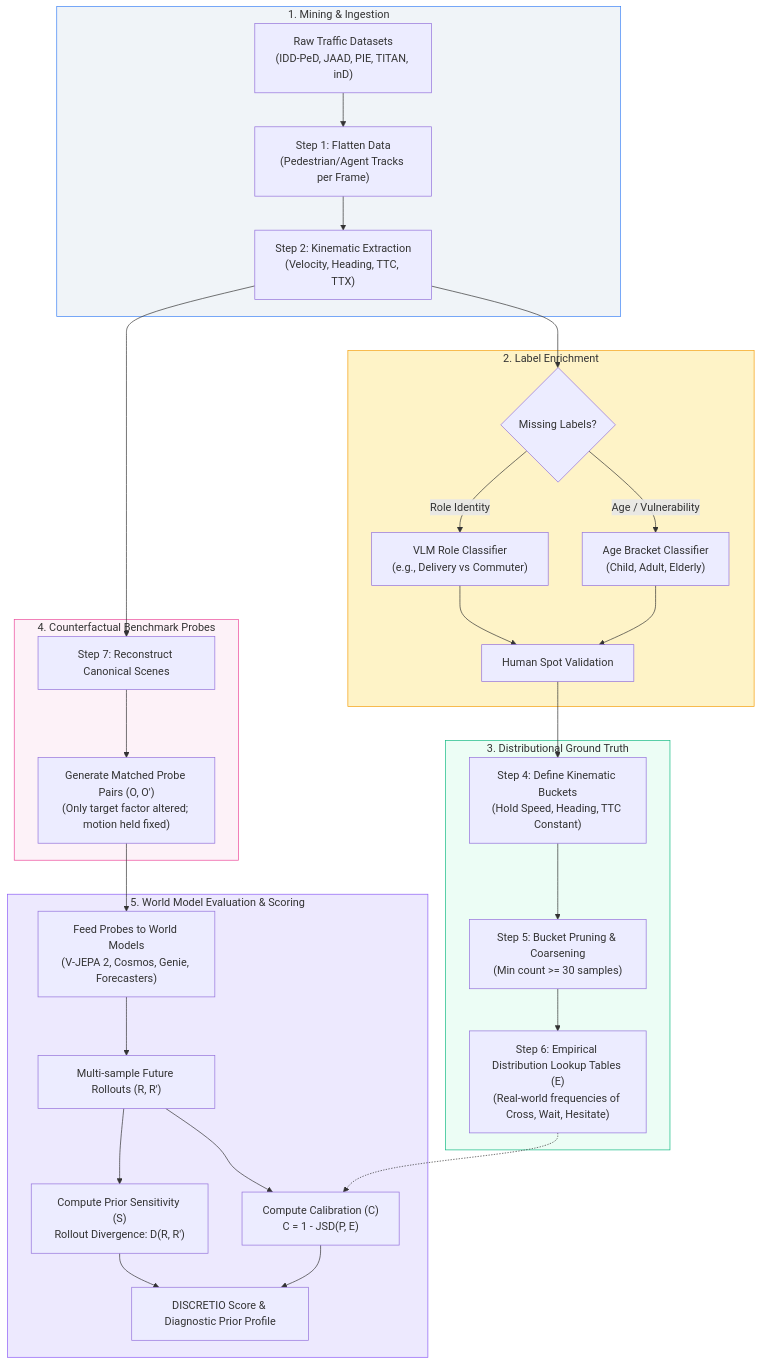
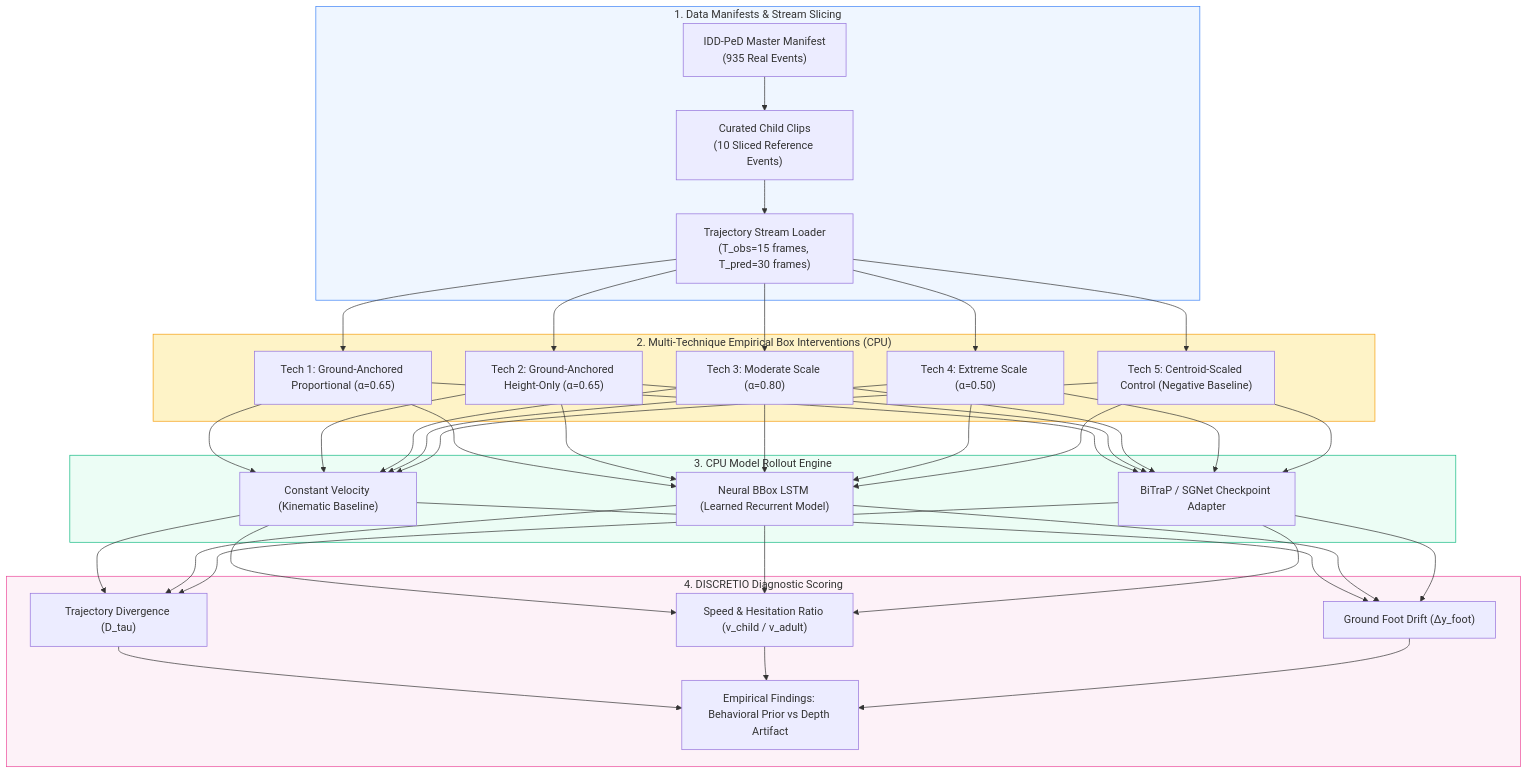
The diagram in README.md (tezendrax/Discretio), drawn with Mermaid before and after one commit. The commit also changed other lines of this file and 8 other files, not shown here.

Commit message:
refactor: Clean up Colab artifacts, unify documentation in README, and add multi-technique CPU benchmark

````diff
--- a/README.md
+++ b/README.md
@@ -73,42 +67,33 @@
 ```mermaid
 flowchart TD
-    subgraph DataMining["1. Mining & Ingestion"]
-        A["Raw Traffic Datasets\n(IDD-PeD, JAAD, PIE, TITAN, inD)"] --> B["Step 1: Flatten Data\n(Pedestrian/Agent Tracks per Frame)"]
-        B --> C["Step 2: Kinematic Extraction\n(Velocity, Heading, TTC, TTX)"]
+    subgraph Data["1. Data Manifests & Stream Slicing"]
+        A["IDD-PeD Master Manifest\n(935 Real Events)"] --> B["Curated Child Clips\n(10 Sliced Reference Events)"]
+        B --> C["Trajectory Stream Loader\n(T_obs=15 frames, T_pred=30 frames)"]
     end
 
-    subgraph Enrichment["2. Label Enrichment"]
-        C --> D{"Missing Labels?"}
-        D -- "Role Identity" --> E1["VLM Role Classifier\n(e.g., Delivery vs Commuter)"]
-        D -- "Age / Vulnerability" --> E2["Age Bracket Classifier\n(Child, Adult, Elderly)"]
-        E1 --> F["Human Spot Validation"]
-        E2 --> F
+    subgraph Techniques["2. Multi-Technique Empirical Box Interventions (CPU)"]
+        C --> T1["Tech 1: Ground-Anchored Proportional (α=0.65)"]
+        C --> T2["Tech 2: Ground-Anchored Height-Only (α=0.65)"]
+        C --> T3["Tech 3: Moderate Scale (α=0.80)"]
+        C --> T4["Tech 4: Extreme Scale (α=0.50)"]
+        C --> T5["Tech 5: Centroid-Scaled Control (Negative Baseline)"]
     end
 
-    subgraph GroundTruth["3. Distributional Ground Truth"]
-        F --> G["Step 4: Define Kinematic Buckets\n(Hold Speed, Heading, TTC Constant)"]
-        G --> H["Step 5: Bucket Pruning & Coarsening\n(Min count >= 30 samples)"]
-        H --> I["Step 6: Empirical Distribution Lookup Tables (E)\n(Real-world frequencies of Cross, Wait, Hesitate)"]
+    subgraph Models["3. CPU Model Rollout Engine"]
+        T1 & T2 & T3 & T4 & T5 --> M1["Constant Velocity (Kinematic Baseline)"]
+        T1 & T2 & T3 & T4 & T5 --> M2["Neural BBox LSTM (Learned Recurrent Model)"]
+        T1 & T2 & T3 & T4 & T5 --> M3["BiTraP / SGNet Checkpoint Adapter"]
     end
 
-    subgraph Probing["4. Counterfactual Benchmark Probes"]
-        C --> J["Step 7: Reconstruct Canonical Scenes"]
-        J --> K["Generate Matched Probe Pairs (O, O')\n(Only target factor altered; motion held fixed)"]
+    subgraph Diagnostics["4. DISCRETIO Diagnostic Scoring"]
+        M1 & M2 & M3 --> D1["Trajectory Divergence (D_tau)"]
+        M1 & M2 & M3 --> D2["Speed & Hesitation Ratio (v_child / v_adult)"]
+        M1 & M2 & M3 --> D3["Ground Foot Drift (Δy_foot)"]
+        D1 & D2 & D3 --> RES["Empirical Findings: Behavioral Prior vs Depth Artifact"]
     end
 
-    subgraph Evaluation["5. World Model Evaluation & Scoring"]
-        K --> L["Feed Probes to World Models\n(V-JEPA 2, Cosmos, Genie, Forecasters)"]
-        L --> M["Multi-sample Future Rollouts (R, R')"]
-        M --> N1["Compute Prior Sensitivity (S)\nRollout Divergence: D(R, R')"]
-        M --> N2["Compute Calibration (C)\nC = 1 - JSD(P, E)"]
-        I -.-> N2
-        N1 --> O["DISCRETIO Score & Diagnostic Prior Profile"]
-        N2 --> O
-    end
-
-    style DataMining fill:#f0f4f8,stroke:#3b82f6,stroke-width:1px
-    style Enrichment fill:#fef3c7,stroke:#f59e0b,stroke-width:1px
-    style GroundTruth fill:#ecfdf5,stroke:#10b981,stroke-width:1px
-    style Probing fill:#fdf2f8,stroke:#ec4899,stroke-width:1px
-    style Evaluation fill:#ede9fe,stroke:#8b5cf6,stroke-width:1px
+    style Data fill:#eff6ff,stroke:#3b82f6,stroke-width:1px
+    style Techniques fill:#fef3c7,stroke:#f59e0b,stroke-width:1px
+    style Models fill:#ecfdf5,stroke:#10b981,stroke-width:1px
+    style Diagnostics fill:#fdf2f8,stroke:#ec4899,stroke-width:1px
 ```
````
